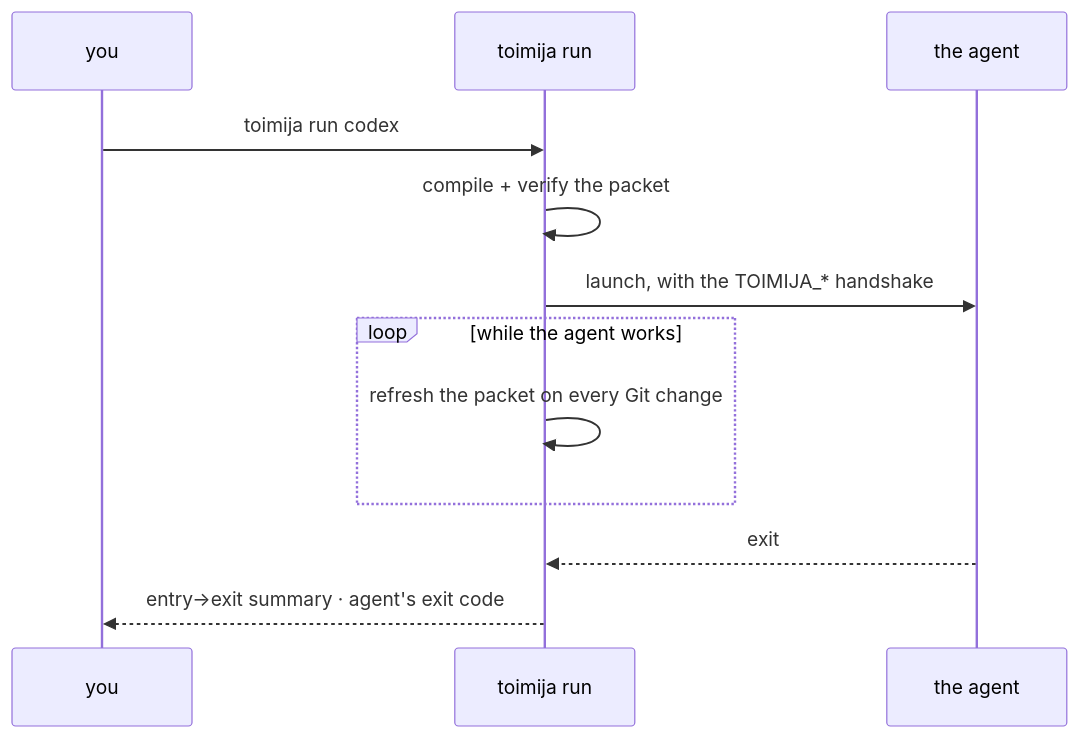
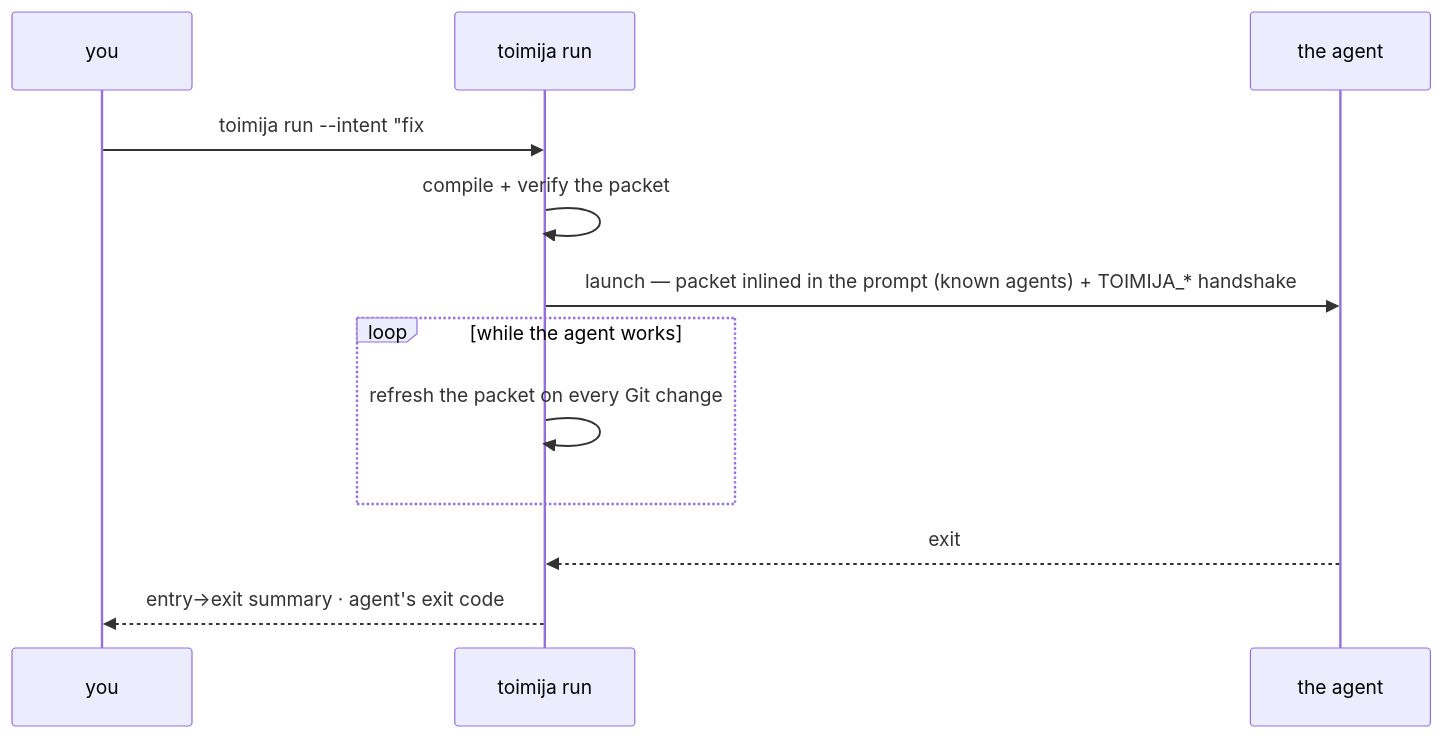
Before and after one commit to false-systems/toimija: the second of 4 diagrams in README.md, drawn with Mermaid. The commit also changed other lines of this file and 8 other files, not shown here.

First line of the commit message:
feat(run): wrapped means used — launch delivery, intent gate, consumption report (#134)

````diff
--- a/README.md
+++ b/README.md
@@ -136,15 +148,15 @@
 ```mermaid
 sequenceDiagram
     participant Y as you
     participant T as toimija run
     participant A as the agent
 
-    Y->>T: toimija run codex
+    Y->>T: toimija run --intent "fix #51" -- codex
     T->>T: compile + verify the packet
-    T->>A: launch, with the TOIMIJA_* handshake
+    T->>A: launch — packet inlined in the prompt (known agents) + TOIMIJA_* handshake
     loop while the agent works
         T->>T: refresh the packet on every Git change
     end
     A-->>T: exit
     T-->>Y: entry→exit summary · agent's exit code
 ```
````
